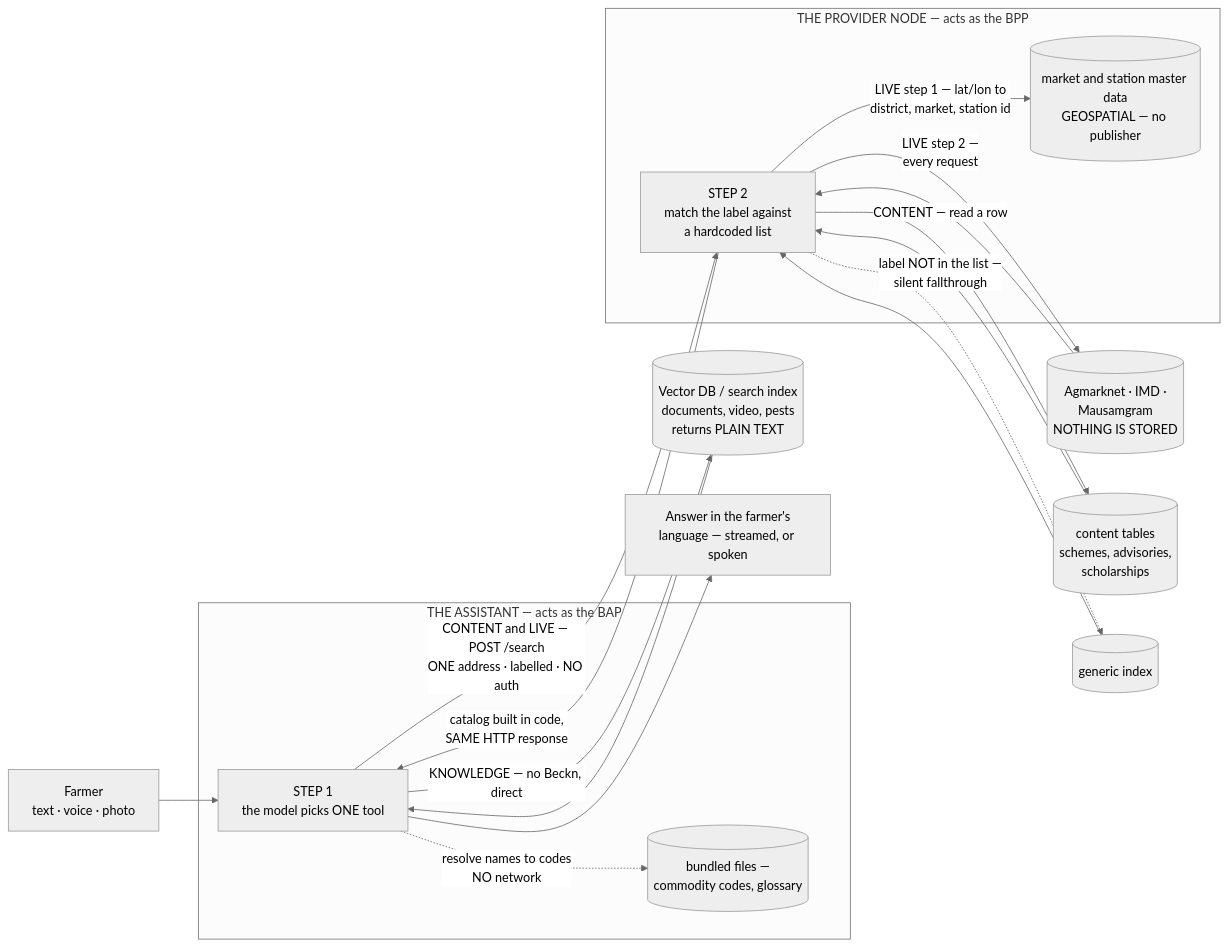
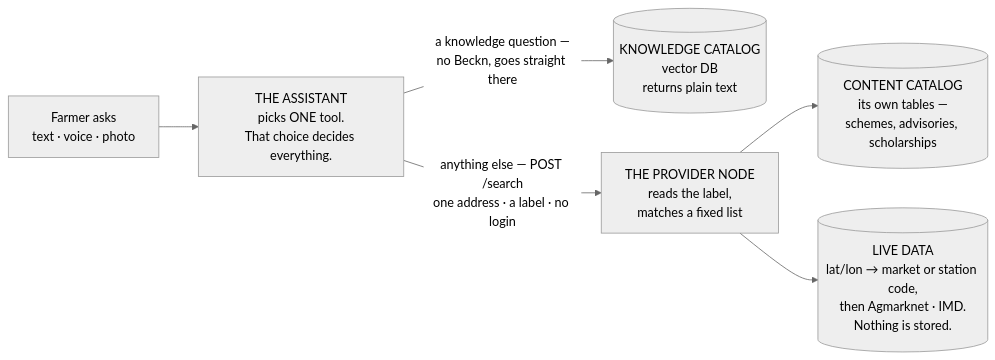
Before and after one commit to manjudr/documents: the fourth of 10 diagrams in ARCHITECTURE.md, drawn with Mermaid (neutral theme). The commit also changed other lines of this file, not shown here.

First line of the commit message:
Simplify the search diagram, add a knowledge-catalog publish trace

````diff
--- a/ARCHITECTURE.md
+++ b/ARCHITECTURE.md
@@ -241,29 +273,14 @@
 ```mermaid
 graph LR
-  subgraph BAP["THE ASSISTANT — acts as the BAP"]
-    A["STEP 1<br/>the model picks ONE tool"]
-    CC[("bundled files —<br/>commodity codes, glossary")]
-  end
+  F["Farmer asks<br/>text · voice · photo"] --> A
 
-  subgraph BPP["THE PROVIDER NODE — acts as the BPP"]
-    N["STEP 2<br/>match the label against<br/>a hardcoded list"]
-    GEO[("market and station master data<br/>GEOSPATIAL — no publisher")]
-  end
+  A["THE ASSISTANT<br/>picks ONE tool.<br/>That choice decides everything."]
 
-  F["Farmer<br/>text · voice · photo"] --> A
-  A -.->|"resolve names to codes<br/>NO network"| CC
-  A -->|"KNOWLEDGE — no Beckn, direct"| V[("Vector DB / search index<br/>documents, video, pests<br/>returns PLAIN TEXT")]
-  A -->|"CONTENT and LIVE — POST /search<br/>ONE address · labelled · NO auth"| N
+  A -->|"a knowledge question —<br/>no Beckn, goes straight there"| V[("KNOWLEDGE CATALOG<br/>vector DB<br/>returns plain text")]
+  A -->|"anything else — POST /search<br/>one address · a label · no login"| N
 
-  N -->|"LIVE step 1 — lat/lon to<br/>district, market, station id"| GEO
-  N -->|"LIVE step 2 —<br/>every request"| GOV[("Agmarknet · IMD ·<br/>Mausamgram<br/>NOTHING IS STORED")]
-  N -->|"CONTENT — read a row"| DB[("content tables<br/>schemes, advisories,<br/>scholarships")]
-  N -.->|"label NOT in the list —<br/>silent fallthrough"| GEN[("generic index")]
+  N["THE PROVIDER NODE<br/>reads the label,<br/>matches a fixed list"]
 
-  V --> A
-  GOV --> N
-  DB --> N
-  GEN --> N
-  N -->|"catalog built in code,<br/>SAME HTTP response"| A
-  A --> R["Answer in the farmer's<br/>language — streamed, or spoken"]
+  N --> DB[("CONTENT CATALOG<br/>its own tables —<br/>schemes, advisories, scholarships")]
+  N --> GOV[("LIVE DATA<br/>lat/lon → market or station code,<br/>then Agmarknet · IMD.<br/>Nothing is stored.")]
 ```
````
